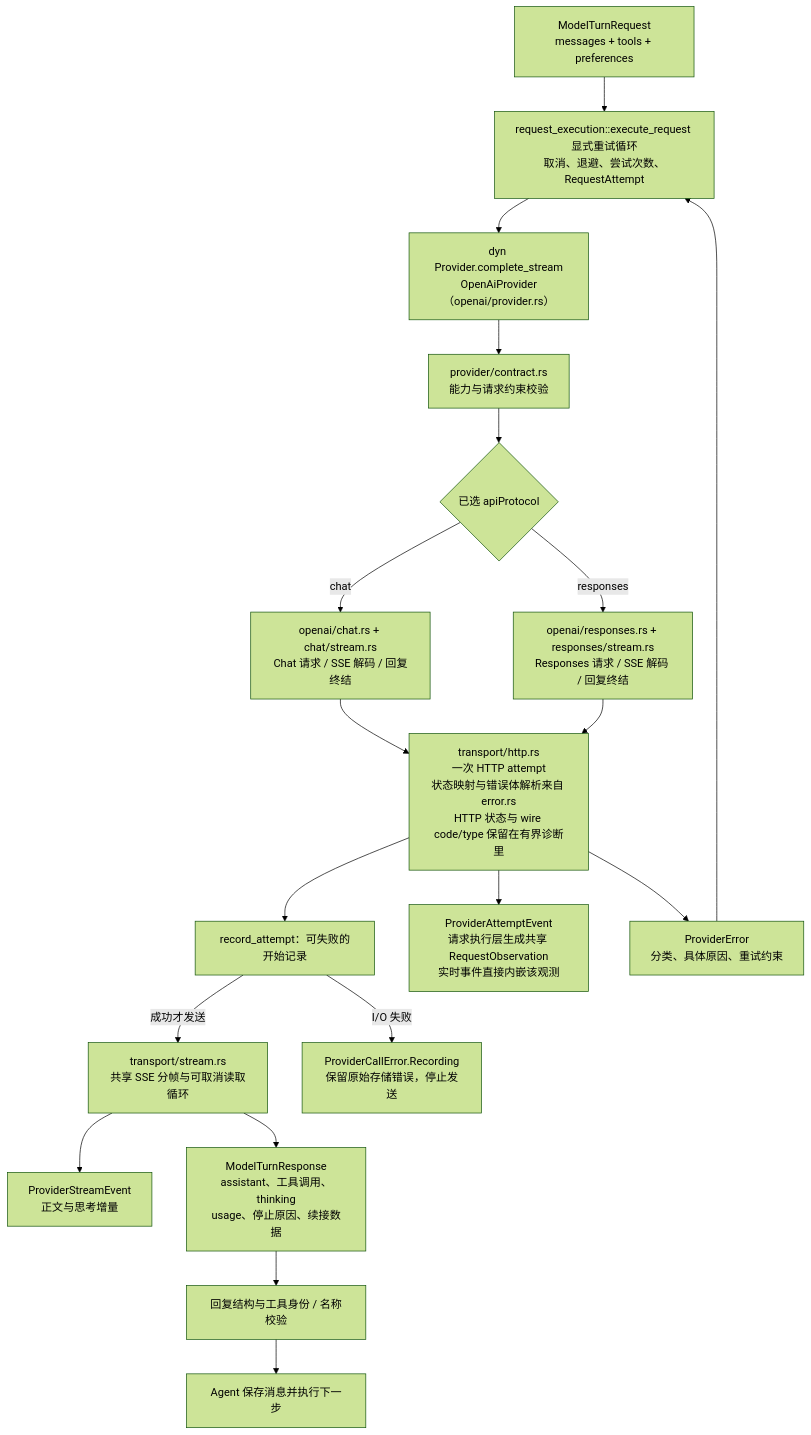
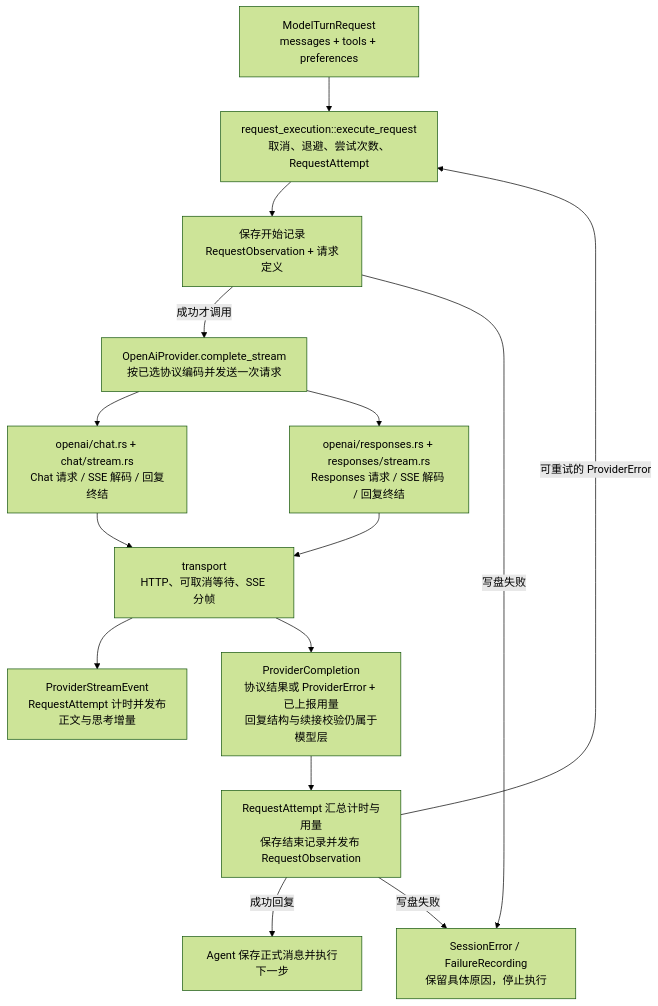
One commit to qjcnmd/singularity-agent changed diagram 18 of 28 in docs/architecture.md. Above: the diagram before and after it, drawn with Mermaid (forest theme). The commit also changed other lines of this file and 30 other files, not shown here.

````diff
--- a/docs/architecture.md
+++ b/docs/architecture.md
@@ -537,21 +537,17 @@
 ```mermaid
 flowchart TB
-    Request["ModelTurnRequest<br/>messages + tools + preferences"] --> Retry["request_execution::execute_request 显式重试循环<br/>取消、退避、尝试次数、RequestAttempt"]
-    Retry --> Provider["dyn Provider.complete_stream<br/>OpenAiProvider（openai/provider.rs）"]
-    Provider --> Validate["provider/contract.rs<br/>能力与请求约束校验"]
-    Validate --> Protocol{"已选 apiProtocol"}
-    Protocol -->|"chat"| Chat["openai/chat.rs + chat/stream.rs<br/>Chat 请求 / SSE 解码 / 回复终结"]
-    Protocol -->|"responses"| Responses["openai/responses.rs + responses/stream.rs<br/>Responses 请求 / SSE 解码 / 回复终结"]
-    Chat --> Transport["transport/http.rs<br/>一次 HTTP attempt<br/>状态映射与错误体解析来自 error.rs<br/>HTTP 状态与 wire code/type 保留在有界诊断里"]
+    Request["ModelTurnRequest<br/>messages + tools + preferences"] --> Retry["request_execution::execute_request<br/>取消、退避、尝试次数、RequestAttempt"]
+    Retry --> Start["保存开始记录<br/>RequestObservation + 请求定义"]
+    Start -->|"成功才调用"| Provider["OpenAiProvider.complete_stream<br/>按已选协议编码并发送一次请求"]
+    Provider --> Chat["openai/chat.rs + chat/stream.rs<br/>Chat 请求 / SSE 解码 / 回复终结"]
+    Provider --> Responses["openai/responses.rs + responses/stream.rs<br/>Responses 请求 / SSE 解码 / 回复终结"]
+    Chat --> Transport["transport<br/>HTTP、可取消等待、SSE 分帧"]
     Responses --> Transport
-    Transport --> Record["record_attempt：可失败的开始记录"]
-    Record -->|"成功才发送"| SSE["transport/stream.rs<br/>共享 SSE 分帧与可取消读取循环"]
-    SSE --> Deltas["ProviderStreamEvent<br/>正文与思考增量"]
-    Record -->|"I/O 失败"| StorageError["ProviderCallError.Recording<br/>保留原始存储错误，停止发送"]
-    Transport --> Attempts["ProviderAttemptEvent<br/>请求执行层生成共享 RequestObservation<br/>实时事件直接内嵌该观测"]
-    SSE --> Reply["ModelTurnResponse<br/>assistant、工具调用、thinking<br/>usage、停止原因、续接数据"]
-    Reply --> Check["回复结构与工具身份 / 名称校验"]
-    Check --> Agent["Agent 保存消息并执行下一步"]
-    Transport --> Error["ProviderError<br/>分类、具体原因、重试约束"]
-    Error --> Retry
+    Transport --> Deltas["ProviderStreamEvent<br/>RequestAttempt 计时并发布正文与思考增量"]
+    Transport --> Completion["ProviderCompletion<br/>协议结果或 ProviderError + 已上报用量<br/>回复结构与续接校验仍属于模型层"]
+    Completion --> Finish["RequestAttempt 汇总计时与用量<br/>保存结束记录并发布 RequestObservation"]
+    Finish -->|"成功回复"| Agent["Agent 保存正式消息并执行下一步"]
+    Finish -->|"可重试的 ProviderError"| Retry
+    Start -->|"写盘失败"| StorageError["SessionError / FailureRecording<br/>保留具体原因，停止执行"]
+    Finish -->|"写盘失败"| StorageError
 ```
````
